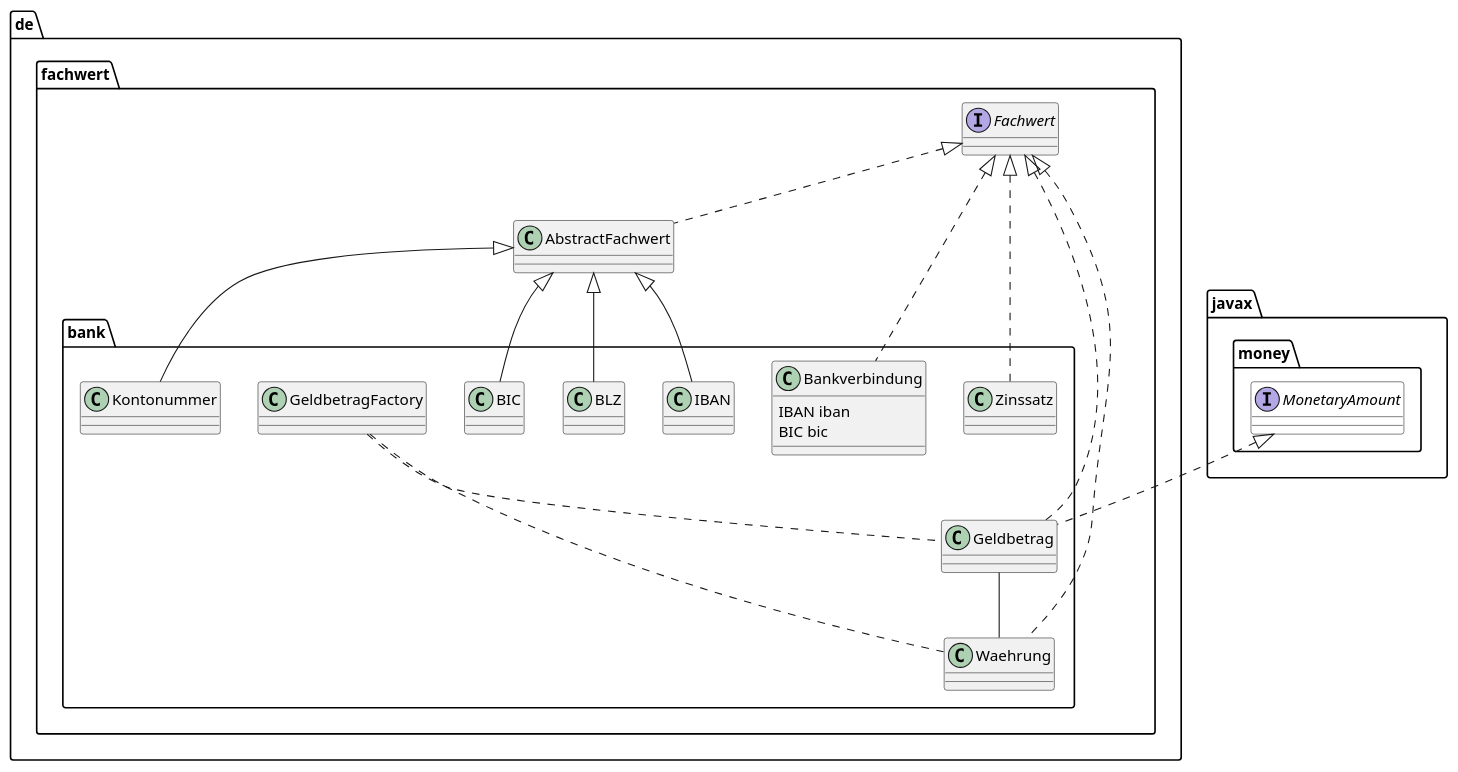
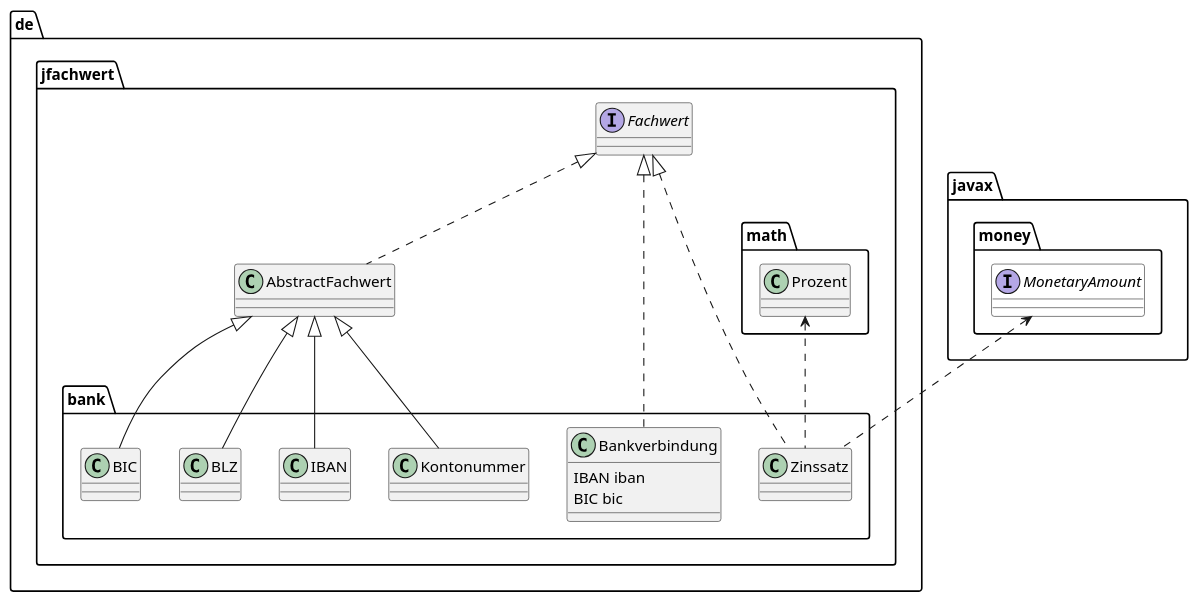
The diagram in src/main/asciidoc/images/package-bank.puml (oboehm/jfachwert), drawn with PlantUML before and after one commit. The commit also changed 6 other files, not shown here.

```diff
--- a/src/main/asciidoc/images/package-bank.puml
+++ b/src/main/asciidoc/images/package-bank.puml
@@ -1,45 +1,41 @@
 @startuml
 
-package "de.fachwert" {
+package "de.jfachwert" {
 
     interface Fachwert
     class AbstractFachwert
 
 }
 
-package "de.fachwert.bank" {
+package "de.jfachwert.bank" {
 
     class Kontonummer
     class IBAN
     class BLZ
     class BIC
     class Bankverbindung {
         IBAN iban
         BIC bic
     }
-    class Geldbetrag
-    class GeldbetragFactory
-    class Waehrung
     class Zinssatz
 
 }
 
 Fachwert <|.. AbstractFachwert
 
 AbstractFachwert <|-- Kontonummer
 AbstractFachwert <|-- IBAN
 AbstractFachwert <|-- BLZ
 AbstractFachwert <|-- BIC
 Fachwert <|.. Bankverbindung
-Fachwert <|.. Geldbetrag
-Fachwert <|.. Waehrung
 Fachwert <|.. Zinssatz
 
 interface javax.money.MonetaryAmount #white
 
-javax.money.MonetaryAmount <|.. Geldbetrag
-Geldbetrag -- Waehrung
-GeldbetragFactory .. Geldbetrag
-GeldbetragFactory .. Waehrung
+javax.money.MonetaryAmount <.. Zinssatz
+
+class de.jfachwert.math.Prozent
+
+de.jfachwert.math.Prozent <.. Zinssatz
 
 @enduml
```
